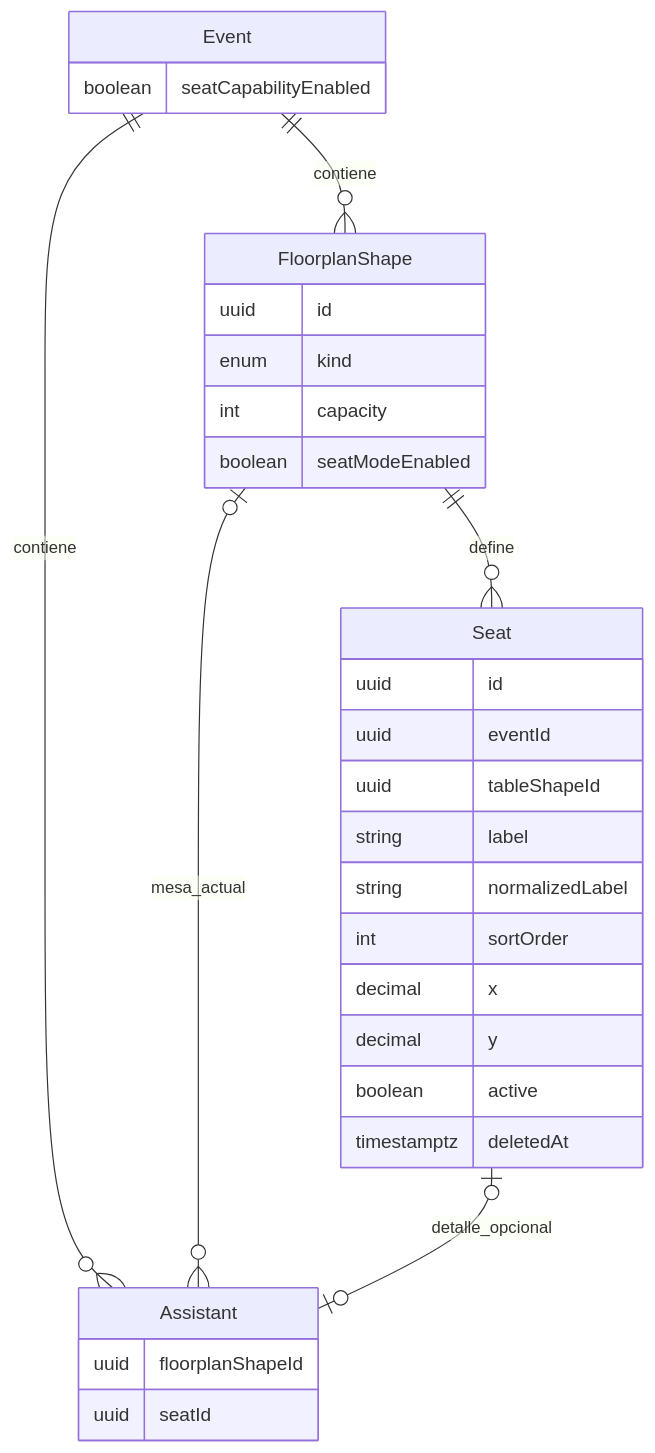
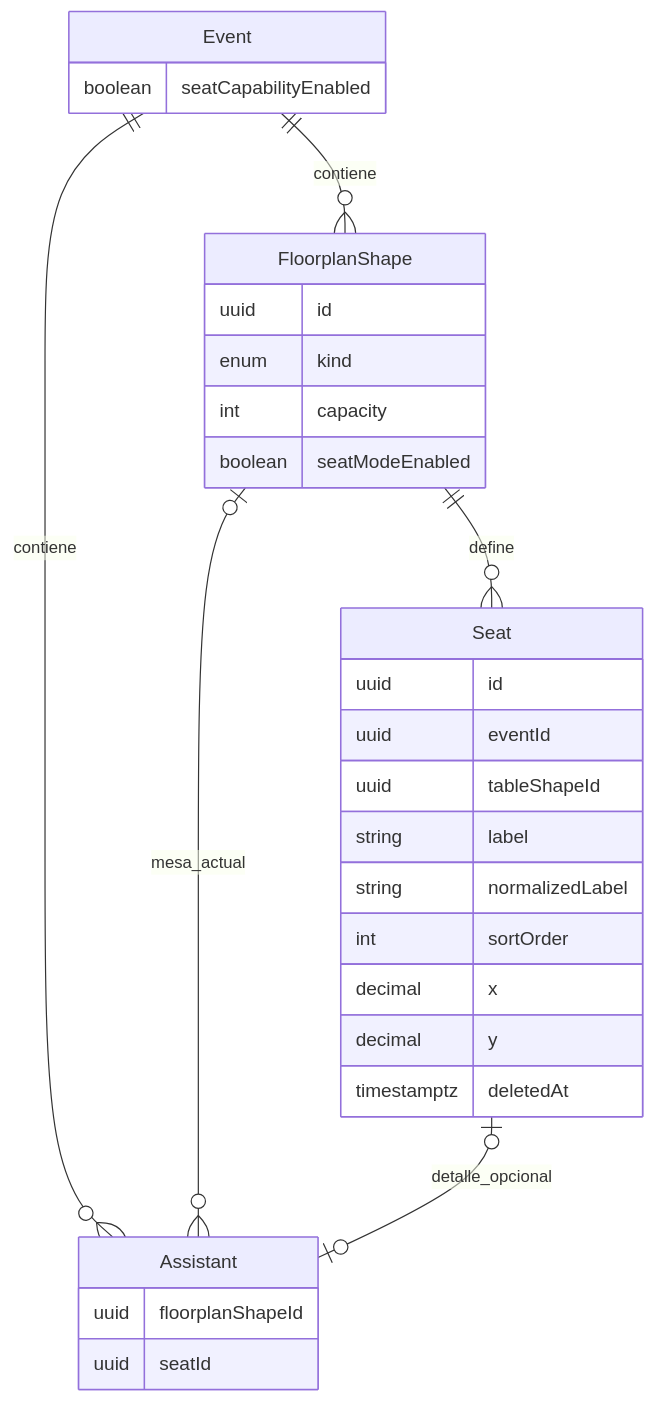
Before and after one commit to ManuelRuiz27/invitacionespremium: the diagram in docs/05-implementacion/FLOORPLAN_SEAT_CAPABILITY_ADR.md, drawn with Mermaid. The commit also changed other lines of this file and 29 other files, not shown here.

````diff
--- a/docs/05-implementacion/FLOORPLAN_SEAT_CAPABILITY_ADR.md
+++ b/docs/05-implementacion/FLOORPLAN_SEAT_CAPABILITY_ADR.md
@@ -170,34 +171,33 @@
 ```mermaid
 erDiagram
   Event ||--o{ FloorplanShape : contiene
   FloorplanShape ||--o{ Seat : define
   Event ||--o{ Assistant : contiene
   FloorplanShape o|--o{ Assistant : mesa_actual
   Seat o|--o| Assistant : detalle_opcional
 
   Event {
     boolean seatCapabilityEnabled
   }
   FloorplanShape {
     uuid id
     enum kind
     int capacity
     boolean seatModeEnabled
   }
   Seat {
     uuid id
     uuid eventId
     uuid tableShapeId
     string label
     string normalizedLabel
     int sortOrder
     decimal x
     decimal y
-    boolean active
     timestamptz deletedAt
   }
   Assistant {
     uuid floorplanShapeId
     uuid seatId
   }
 ```
````
